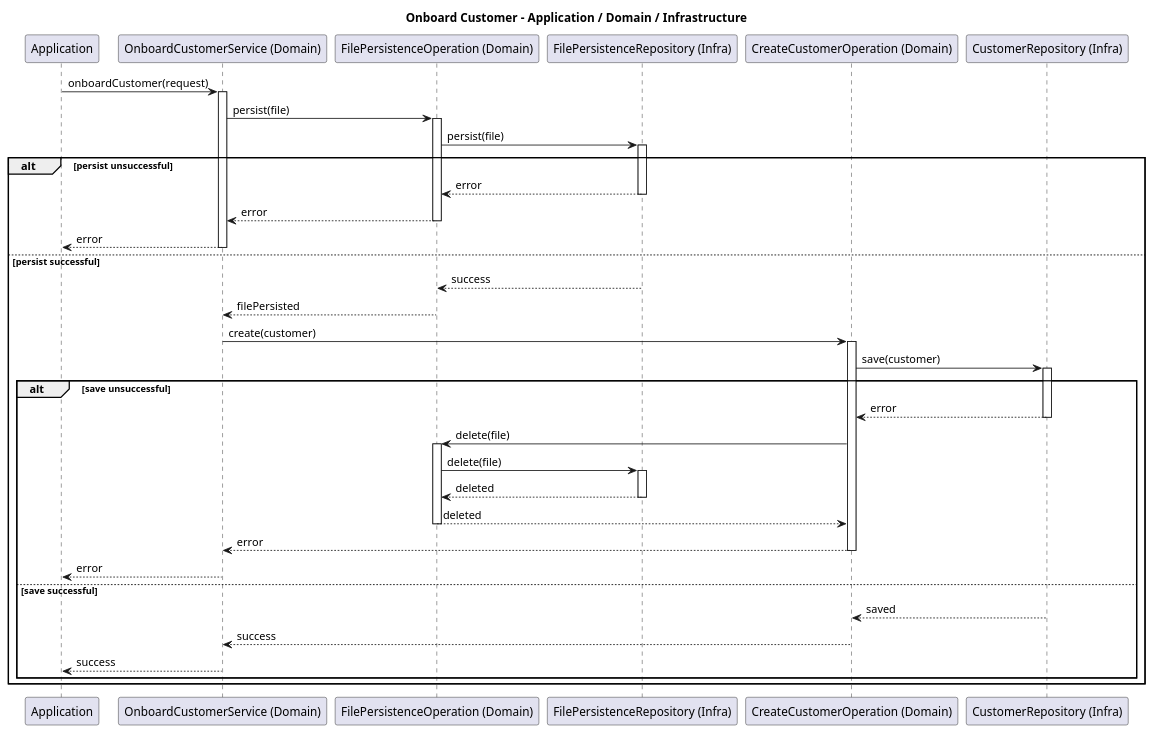
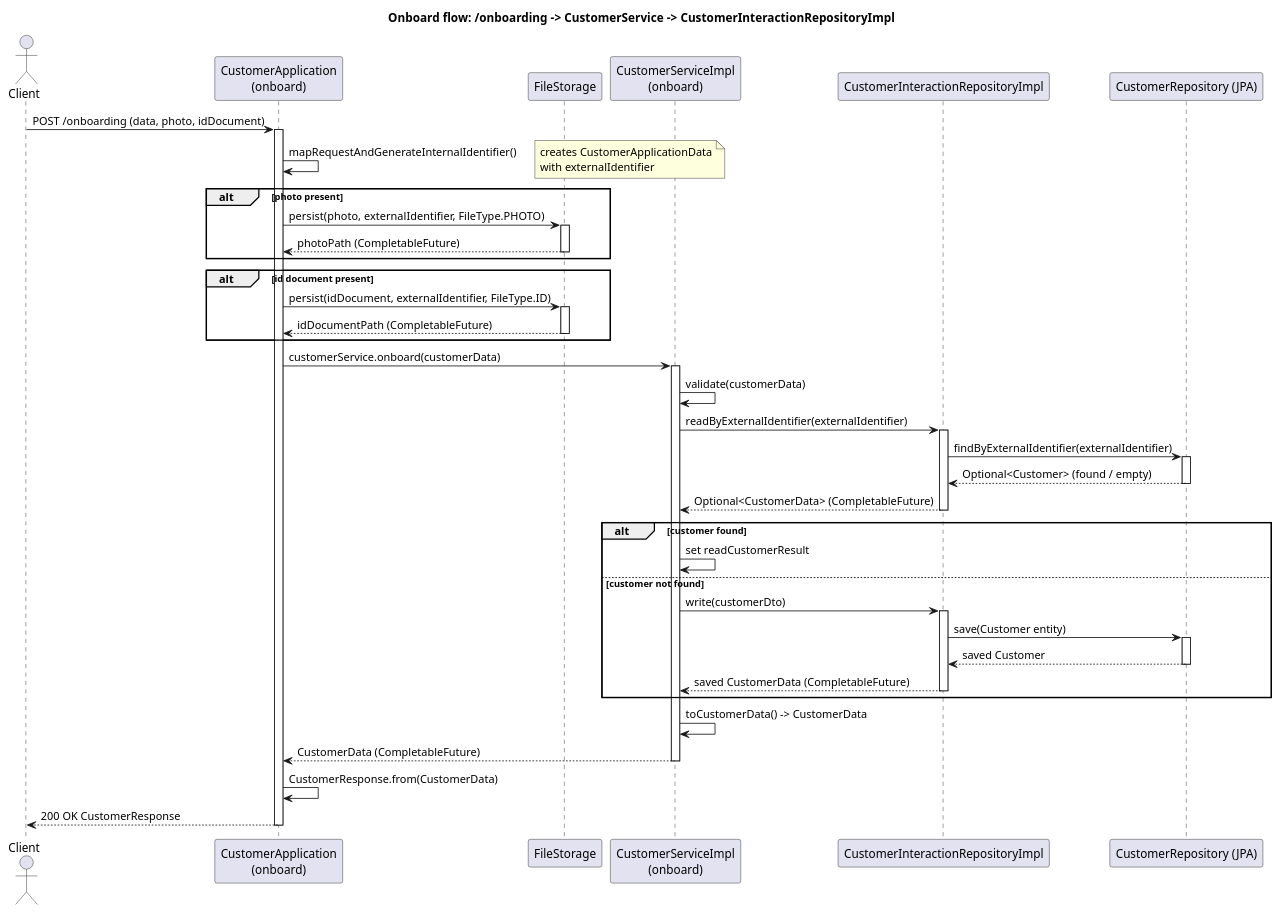
Before and after one commit to Parsa33033/ABN_Customer_Onboarding: the diagram in design/sequence-model.puml, drawn with PlantUML. The commit also changed 2 other files, not shown here.

```diff
--- a/design/sequence-model.puml
+++ b/design/sequence-model.puml
@@ -1,74 +1,66 @@
 @startuml
-title Onboard Customer - Application / Domain / Infrastructure
+title Onboard flow: /onboarding -> CustomerService -> CustomerInteractionRepositoryImpl
 
-participant "Application" as App
-participant "OnboardCustomerService (Domain)" as Domain
-participant "FilePersistenceOperation (Domain)" as FPO
-participant "FilePersistenceRepository (Infra)" as FPR
-participant "CreateCustomerOperation (Domain)" as CCO
-participant "CustomerRepository (Infra)" as CR
+actor Client
+participant "CustomerApplication\n(onboard)" as App
+participant "FileStorage" as FS
+participant "CustomerServiceImpl\n(onboard)" as CS
+participant "CustomerInteractionRepositoryImpl" as RepoImpl
+participant "CustomerRepository (JPA)" as Jpa
 
-App -> Domain : onboardCustomer(request)
-activate Domain
+Client -> App : POST /onboarding (data, photo, idDocument)
+activate App
 
-Domain -> FPO : persist(file)
-activate FPO
+App -> App : mapRequestAndGenerateInternalIdentifier()
+note right: creates CustomerApplicationData\nwith externalIdentifier
 
-FPO -> FPR : persist(file)
-activate FPR
-
-alt persist unsuccessful
-    FPR --> FPO : error
-    deactivate FPR
-
-    FPO --> Domain : error
-    deactivate FPO
-
-    Domain --> App : error
-    deactivate Domain
-else persist successful
-    FPR --> FPO : success
-    deactivate FPR
-
-    FPO --> Domain : filePersisted
-    deactivate FPO
-
-    Domain -> CCO : create(customer)
-    activate CCO
-
-    CCO -> CR : save(customer)
-    activate CR
-
-    alt save unsuccessful
-        CR --> CCO : error
-        deactivate CR
-
-        CCO -> FPO : delete(file)
-        activate FPO
-
-        FPO -> FPR : delete(file)
-        activate FPR
-        FPR --> FPO : deleted
-        deactivate FPR
-
-        FPO --> CCO : deleted
-        deactivate FPO
-
-        CCO --> Domain : error
-        deactivate CCO
-
-        Domain --> App : error
-        deactivate Domain
-    else save successful
-        CR --> CCO : saved
-        deactivate CR
-
-        CCO --> Domain : success
-        deactivate CCO
-
-        Domain --> App : success
-        deactivate Domain
-    end
+alt photo present
+  App -> FS : persist(photo, externalIdentifier, FileType.PHOTO)
+  activate FS
+  FS --> App : photoPath (CompletableFuture)
+  deactivate FS
 end
 
+alt id document present
+  App -> FS : persist(idDocument, externalIdentifier, FileType.ID)
+  activate FS
+  FS --> App : idDocumentPath (CompletableFuture)
+  deactivate FS
+end
+
+App -> CS : customerService.onboard(customerData)
+activate CS
+
+CS -> CS : validate(customerData)
+CS -> RepoImpl : readByExternalIdentifier(externalIdentifier)
+activate RepoImpl
+
+RepoImpl -> Jpa : findByExternalIdentifier(externalIdentifier)
+activate Jpa
+Jpa --> RepoImpl : Optional<Customer> (found / empty)
+deactivate Jpa
+
+RepoImpl --> CS : Optional<CustomerData> (CompletableFuture)
+deactivate RepoImpl
+
+alt customer found
+  CS -> CS : set readCustomerResult
+else customer not found
+  CS -> RepoImpl : write(customerDto)
+  activate RepoImpl
+  RepoImpl -> Jpa : save(Customer entity)
+  activate Jpa
+  Jpa --> RepoImpl : saved Customer
+  deactivate Jpa
+  RepoImpl --> CS : saved CustomerData (CompletableFuture)
+  deactivate RepoImpl
+end
+
+CS -> CS : toCustomerData() -> CustomerData
+CS --> App : CustomerData (CompletableFuture)
+deactivate CS
+
+App -> App : CustomerResponse.from(CustomerData)
+App --> Client : 200 OK CustomerResponse
+deactivate App
 @enduml
```
